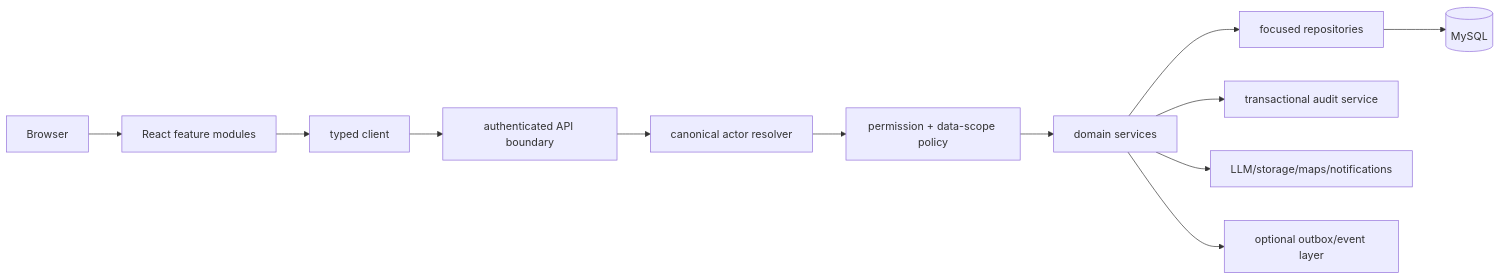
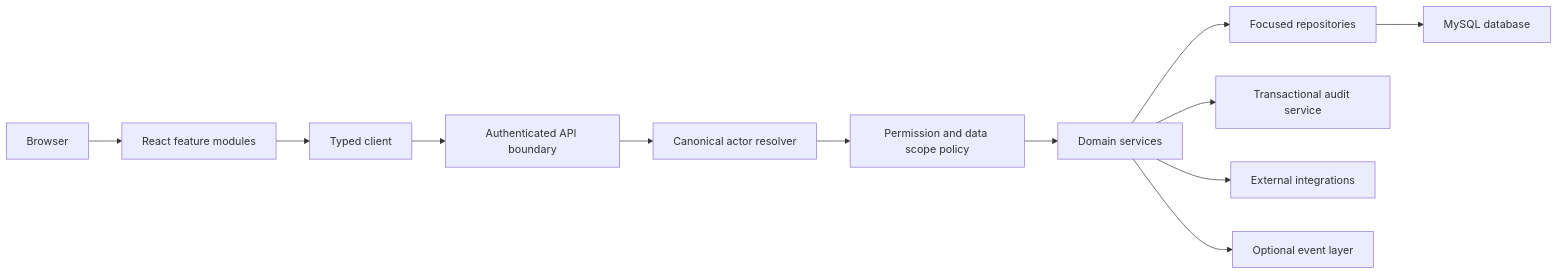
The eighth of 9 diagrams in docs/reverse_engineering.md (ProGroup1040/sales-team-platform), drawn with Mermaid before and after one commit. The commit also changed other lines of this file and 1 other file, not shown here.

Commit message:
Harden Mermaid diagrams for parser compatibility

````diff
--- a/docs/reverse_engineering.md
+++ b/docs/reverse_engineering.md
@@ -1198,14 +1198,14 @@
 ```mermaid
 flowchart LR
     Browser --> WebApp[React feature modules]
-    WebApp --> ClientSDK[typed client]
-    ClientSDK --> API[authenticated API boundary]
-    API --> Actor[canonical actor resolver]
-    Actor --> Policy[permission + data-scope policy]
-    Policy --> Domain[domain services]
-    Domain --> Repo[focused repositories]
-    Repo --> MySQL[(MySQL)]
-    Domain --> Audit[transactional audit service]
-    Domain --> Integrations[LLM/storage/maps/notifications]
-    Domain --> Events[optional outbox/event layer]
+    WebApp --> ClientSDK[Typed client]
+    ClientSDK --> API[Authenticated API boundary]
+    API --> Actor[Canonical actor resolver]
+    Actor --> Policy[Permission and data scope policy]
+    Policy --> Domain[Domain services]
+    Domain --> Repo[Focused repositories]
+    Repo --> MySQL[MySQL database]
+    Domain --> Audit[Transactional audit service]
+    Domain --> Integrations[External integrations]
+    Domain --> Events[Optional event layer]
 ```
````
